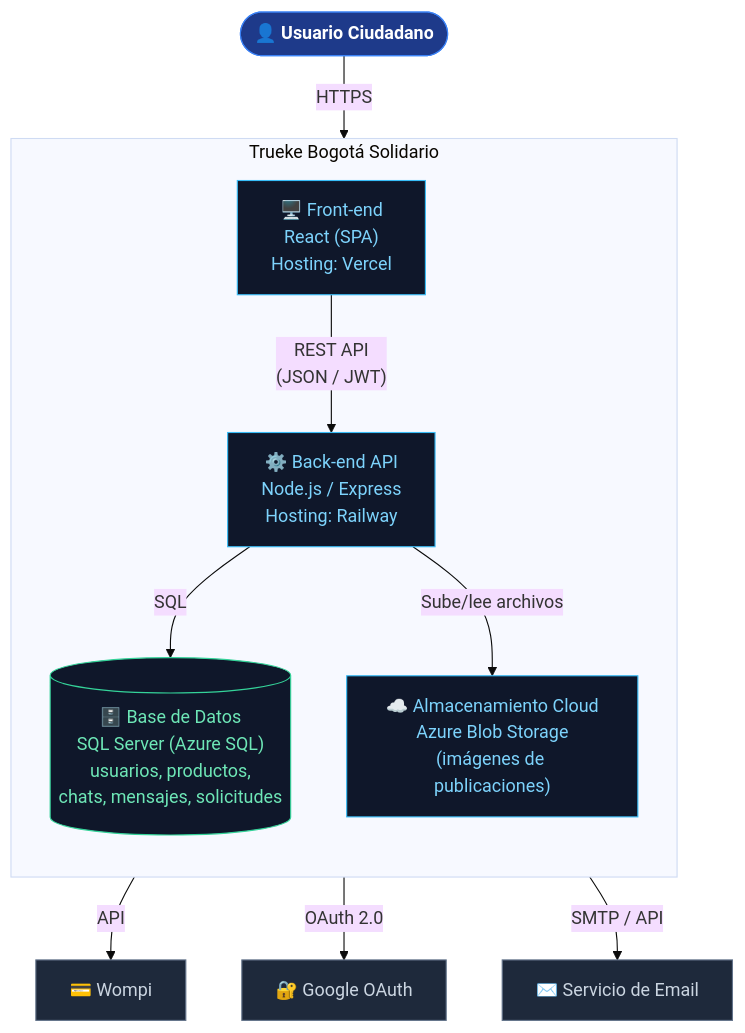
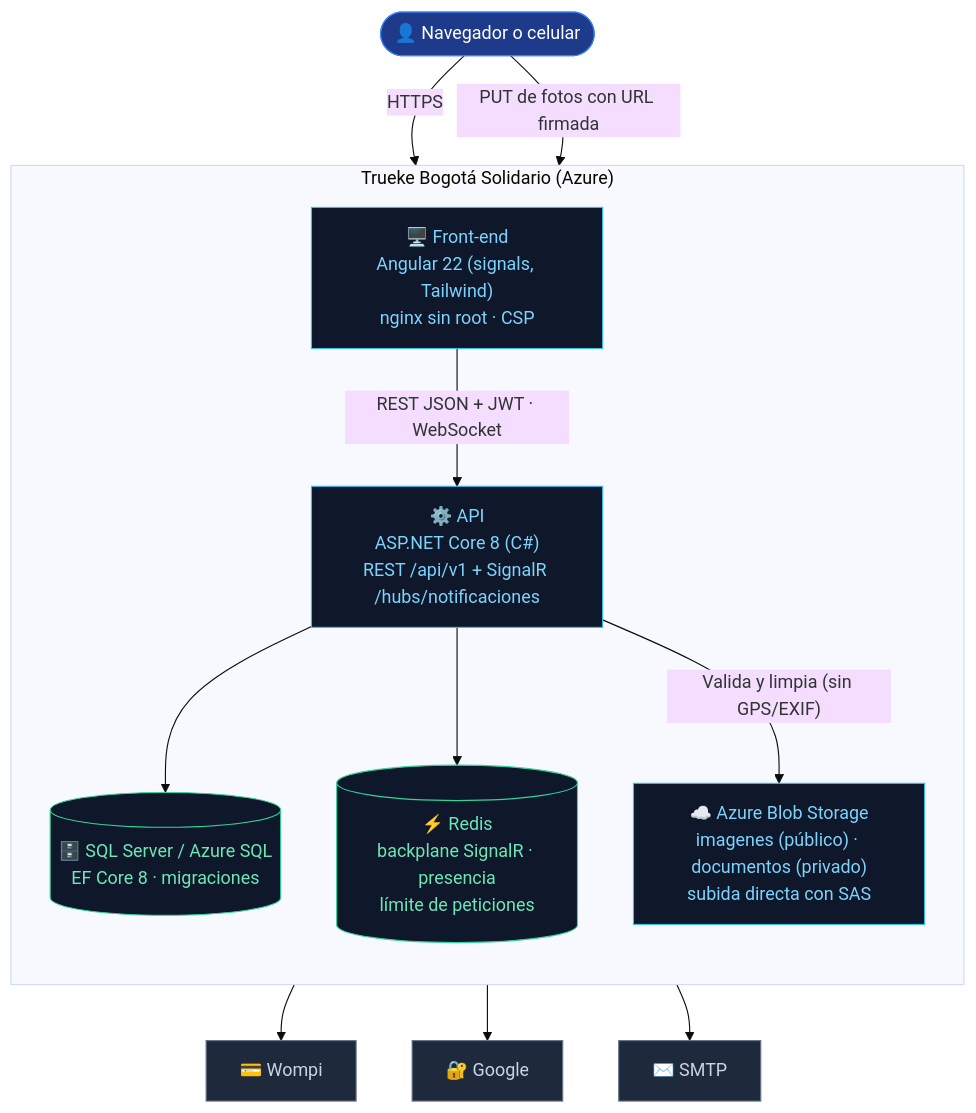
The second of 4 diagrams in docs/c4/C4_MODELO_TRUEKE.md (IngMartinG/TRUEKE-BOGOTA-SOLIDARIO-), drawn with Mermaid (base theme) before and after one commit. The commit also changed other lines of this file and 20 other files, not shown here.

````diff
--- a/docs/c4/C4_MODELO_TRUEKE.md
+++ b/docs/c4/C4_MODELO_TRUEKE.md
@@ -40,29 +40,32 @@
 ```mermaid
 flowchart TB
-    U1(["👤 Usuario Ciudadano"]):::persona
+    U(["👤 Navegador o celular"]):::persona
 
-    subgraph SYS["Trueke Bogotá Solidario"]
+    subgraph SYS["Trueke Bogotá Solidario (Azure)"]
         direction TB
-        FE["🖥️ Front-end<br/>React (SPA)<br/>Hosting: Vercel"]:::container
-        BE["⚙️ Back-end API<br/>Node.js / Express<br/>Hosting: Railway"]:::container
-        DB[("🗄️ Base de Datos<br/>SQL Server (Azure SQL)<br/>usuarios, productos,<br/>chats, mensajes, solicitudes")]:::database
-        STORAGE["☁️ Almacenamiento Cloud<br/>Azure Blob Storage<br/>(imágenes de publicaciones)"]:::container
+        FE["🖥️ Front-end<br/>Angular 22 (signals, Tailwind)<br/>nginx sin root · CSP"]:::contenedor
+        API["⚙️ API<br/>ASP.NET Core 8 (C#)<br/>REST /api/v1 + SignalR /hubs/notificaciones"]:::contenedor
+        DB[("🗄️ SQL Server / Azure SQL<br/>EF Core 8 · migraciones")]:::datos
+        REDIS[("⚡ Redis<br/>backplane SignalR · presencia<br/>límite de peticiones")]:::datos
+        BLOB["☁️ Azure Blob Storage<br/>imagenes (público) · documentos (privado)<br/>subida directa con SAS"]:::contenedor
     end
 
-    EXT1["💳 Wompi"]:::external
-    EXT2["🔐 Google OAuth"]:::external
-    EXT3["✉️ Servicio de Email"]:::external
+    WOMPI["💳 Wompi"]:::externo
+    GOOGLE["🔐 Google"]:::externo
+    SMTP["✉️ SMTP"]:::externo
 
-    U1 -->|"HTTPS"| FE
-    FE -->|"REST API<br/>(JSON / JWT)"| BE
-    BE -->|"SQL"| DB
-    BE -->|"Sube/lee archivos"| STORAGE
-    BE -->|"API"| EXT1
-    BE -->|"OAuth 2.0"| EXT2
-    BE -->|"SMTP / API"| EXT3
+    U -->|"HTTPS"| FE
+    U -->|"PUT de fotos con URL firmada"| BLOB
+    FE -->|"REST JSON + JWT · WebSocket"| API
+    API --> DB
+    API --> REDIS
+    API -->|"Valida y limpia (sin GPS/EXIF)"| BLOB
+    API --> WOMPI
+    API --> GOOGLE
+    API --> SMTP
 
-    classDef persona fill:#1e3a8a,color:#ffffff,stroke:#3b82f6,stroke-width:1px,font-weight:bold;
-    classDef container fill:#0f172a,color:#7dd3fc,stroke:#38bdf8,stroke-width:1px;
-    classDef database fill:#0f172a,color:#6ee7b7,stroke:#34d399,stroke-width:1px;
-    classDef external fill:#1e293b,color:#cbd5e1,stroke:#64748b,stroke-width:1px;
+    classDef persona fill:#1e3a8a,color:#fff,stroke:#3b82f6;
+    classDef contenedor fill:#0f172a,color:#7dd3fc,stroke:#38bdf8;
+    classDef datos fill:#0f172a,color:#6ee7b7,stroke:#34d399;
+    classDef externo fill:#1e293b,color:#cbd5e1,stroke:#64748b;
 ```
````
